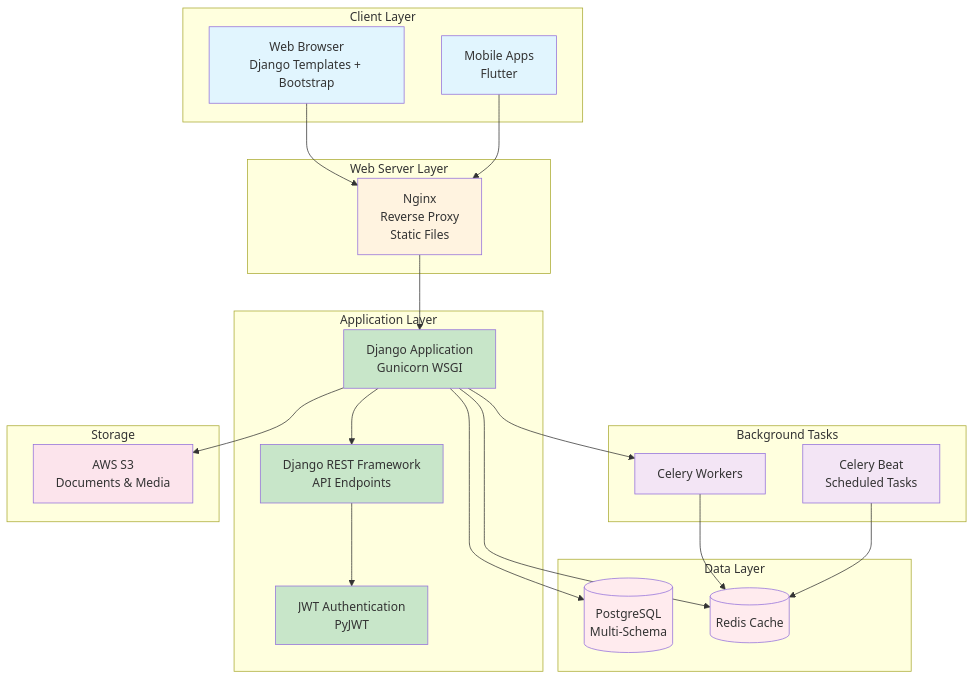
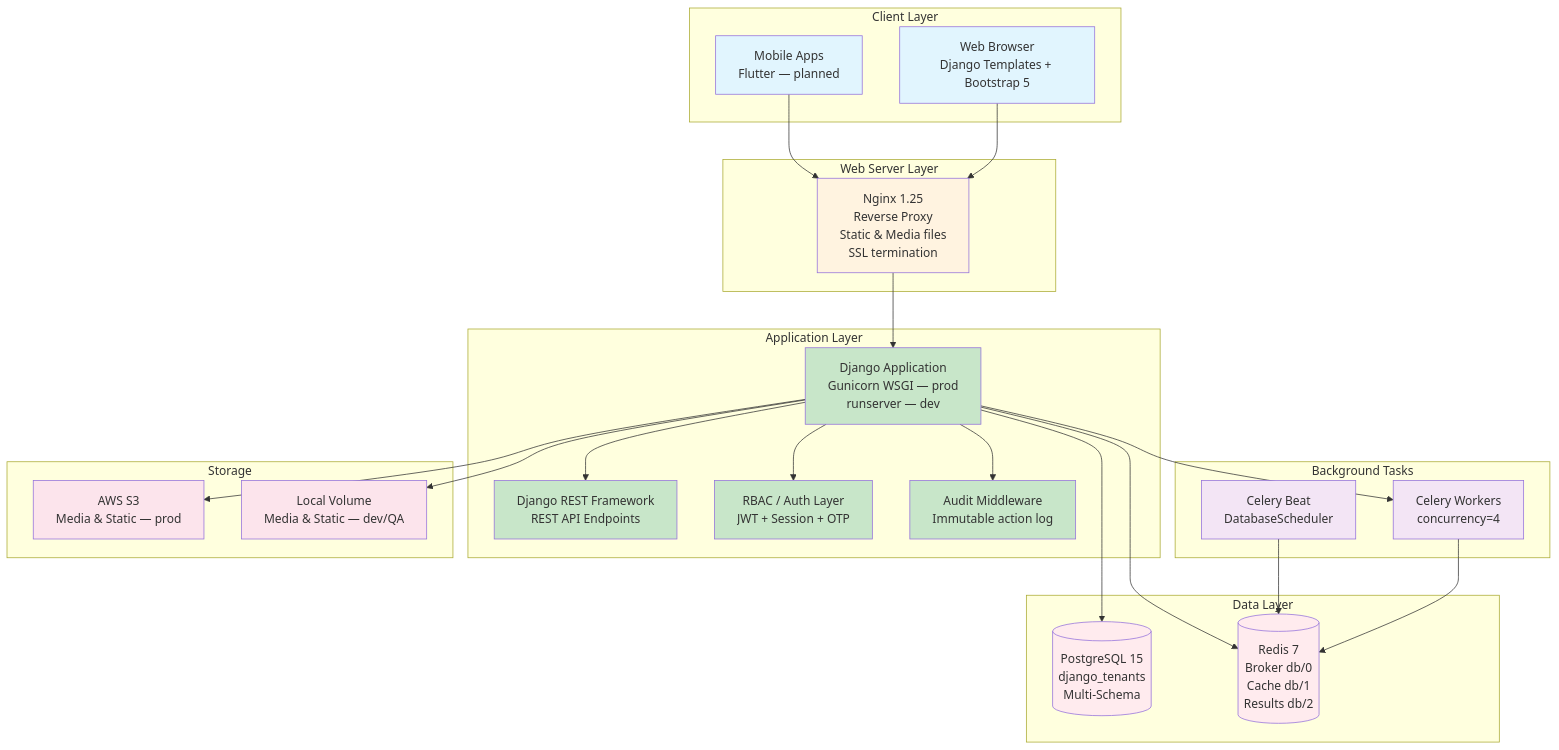
The first of 9 diagrams in 04-architecture/04-backend/diagrams/architecture-overview.md (sbu-europe/dfms-naming-campaign), drawn with Mermaid before and after one commit. The commit also changed other lines of this file and 5 other files, not shown here.

First line of the commit message:
docs(architecture): update diagrams and overview to reflect Phase 1 implementation

````diff
--- a/04-architecture/04-backend/diagrams/architecture-overview.md
+++ b/04-architecture/04-backend/diagrams/architecture-overview.md
@@ -26,55 +29,61 @@
 ```mermaid
 graph TB
     subgraph "Client Layer"
-        WEB[Web Browser<br/>Django Templates + Bootstrap]
-        MOBILE[Mobile Apps<br/>Flutter]
+        WEB[Web Browser<br/>Django Templates + Bootstrap 5]
+        MOBILE[Mobile Apps<br/>Flutter — planned]
     end
 
     subgraph "Web Server Layer"
-        NGINX[Nginx<br/>Reverse Proxy<br/>Static Files]
+        NGINX[Nginx 1.25<br/>Reverse Proxy<br/>Static & Media files<br/>SSL termination]
     end
 
     subgraph "Application Layer"
-        DJANGO[Django Application<br/>Gunicorn WSGI]
-        DRF[Django REST Framework<br/>API Endpoints]
-        JWT[JWT Authentication<br/>PyJWT]
+        DJANGO[Django Application<br/>Gunicorn WSGI — prod<br/>runserver — dev]
+        DRF[Django REST Framework<br/>REST API Endpoints]
+        RBAC[RBAC / Auth Layer<br/>JWT + Session + OTP]
+        AUDIT[Audit Middleware<br/>Immutable action log]
     end
 
     subgraph "Background Tasks"
-        CELERY[Celery Workers]
-        BEAT[Celery Beat<br/>Scheduled Tasks]
+        CELERY[Celery Workers<br/>concurrency=4]
+        BEAT[Celery Beat<br/>DatabaseScheduler]
     end
 
     subgraph "Data Layer"
-        PG[(PostgreSQL<br/>Multi-Schema)]
-        REDIS[(Redis Cache)]
+        PG[(PostgreSQL 15<br/>django_tenants<br/>Multi-Schema)]
+        REDIS[(Redis 7<br/>Broker db/0<br/>Cache db/1<br/>Results db/2)]
     end
 
     subgraph "Storage"
-        S3[AWS S3<br/>Documents & Media]
+        S3[AWS S3<br/>Media & Static — prod]
+        LOCAL[Local Volume<br/>Media & Static — dev/QA]
     end
 
     WEB --> NGINX
     MOBILE --> NGINX
     NGINX --> DJANGO
     DJANGO --> DRF
-    DRF --> JWT
+    DJANGO --> RBAC
+    DJANGO --> AUDIT
     DJANGO --> CELERY
     CELERY --> REDIS
     BEAT --> REDIS
     DJANGO --> PG
     DJANGO --> REDIS
     DJANGO --> S3
+    DJANGO --> LOCAL
 
     style WEB fill:#e1f5fe
     style MOBILE fill:#e1f5fe
     style NGINX fill:#fff3e0
     style DJANGO fill:#c8e6c9
     style DRF fill:#c8e6c9
-    style JWT fill:#c8e6c9
+    style RBAC fill:#c8e6c9
+    style AUDIT fill:#c8e6c9
     style CELERY fill:#f3e5f5
     style BEAT fill:#f3e5f5
     style PG fill:#ffebee
     style REDIS fill:#ffebee
     style S3 fill:#fce4ec
+    style LOCAL fill:#fce4ec
 ```
````
